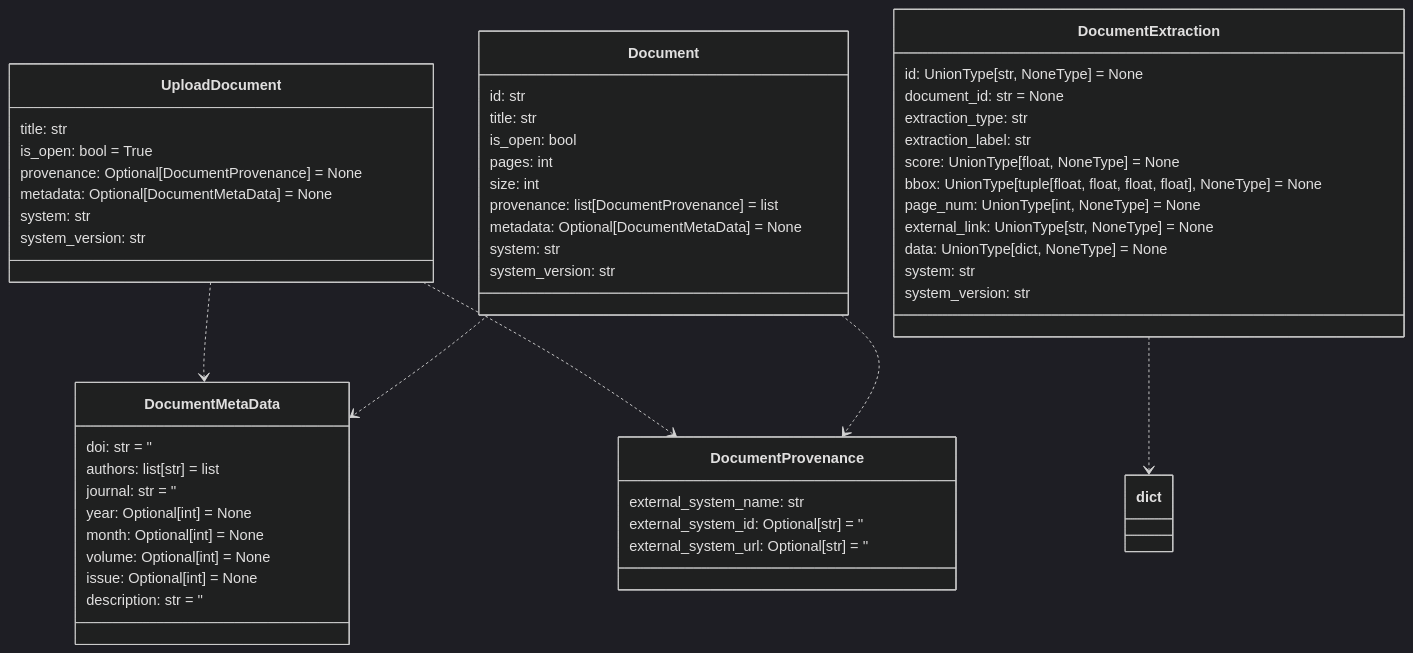
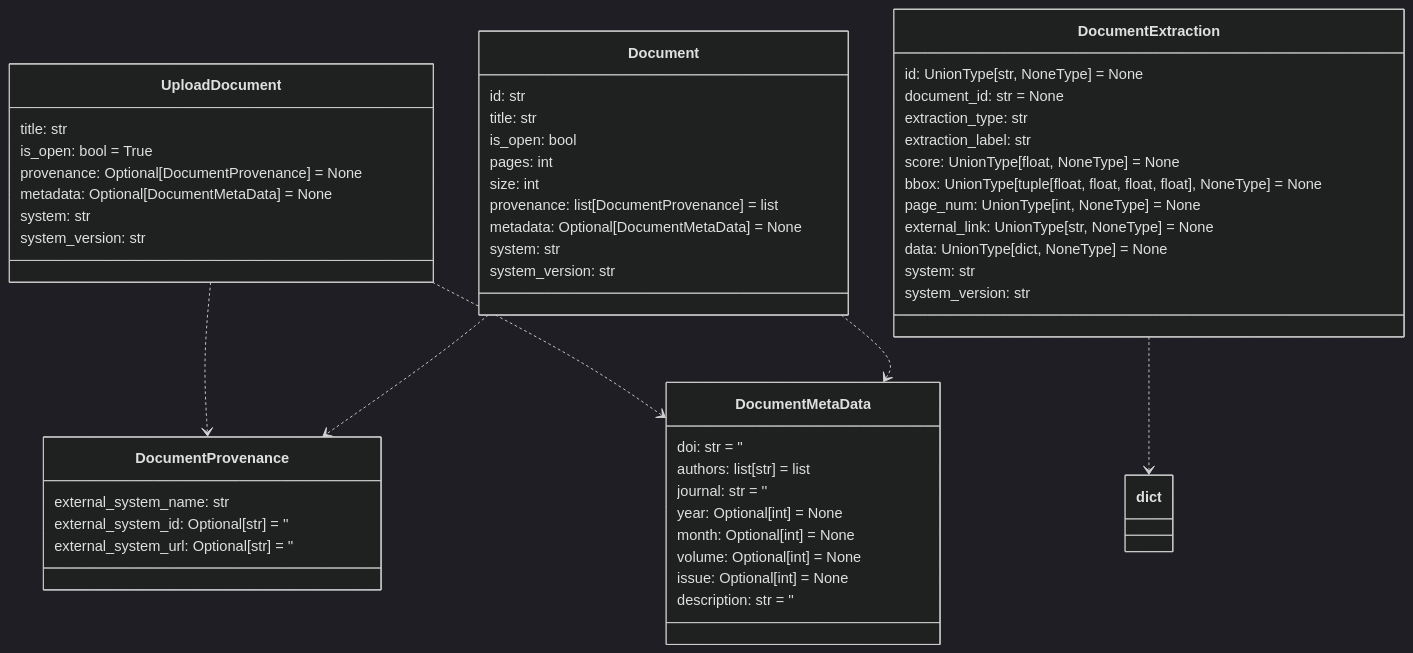
The ninth of 12 diagrams in README.md (DARPA-CRITICALMAAS/cdr_schemas), drawn with Mermaid (dark theme) before and after one commit. The commit also changed other lines of this file and 2 other files, not shown here.

````diff
--- a/README.md
+++ b/README.md
@@ -625,63 +625,63 @@
 ```mermaid
 classDiagram
-
-    class DocumentMetaData {
-        doi: str = ''
-        authors: list[str] = list
-        journal: str = ''
-        year: Optional[int] = None
-        month: Optional[int] = None
-        volume: Optional[int] = None
-        issue: Optional[int] = None
-        description: str = ''
-    }
-
-    class UploadDocument {
-        title: str
-        is_open: bool = True
-        provenance: Optional[DocumentProvenance] = None
-        metadata: Optional[DocumentMetaData] = None
-        system: str
-        system_version: str
-    }
 
     class Document {
         id: str
         title: str
         is_open: bool
         pages: int
         size: int
         provenance: list[DocumentProvenance] = list
         metadata: Optional[DocumentMetaData] = None
         system: str
         system_version: str
-    }
-
-    class DocumentProvenance {
-        external_system_name: str
-        external_system_id: Optional[str] = ''
-        external_system_url: Optional[str] = ''
     }
 
     class DocumentExtraction {
         id: UnionType[str, NoneType] = None
         document_id: str = None
         extraction_type: str
         extraction_label: str
         score: UnionType[float, NoneType] = None
         bbox: UnionType[tuple[float, float, float, float], NoneType] = None
         page_num: UnionType[int, NoneType] = None
         external_link: UnionType[str, NoneType] = None
         data: UnionType[dict, NoneType] = None
         system: str
         system_version: str
     }
 
+    class DocumentMetaData {
+        doi: str = ''
+        authors: list[str] = list
+        journal: str = ''
+        year: Optional[int] = None
+        month: Optional[int] = None
+        volume: Optional[int] = None
+        issue: Optional[int] = None
+        description: str = ''
+    }
+
+    class DocumentProvenance {
+        external_system_name: str
+        external_system_id: Optional[str] = ''
+        external_system_url: Optional[str] = ''
+    }
+
+    class UploadDocument {
+        title: str
+        is_open: bool = True
+        provenance: Optional[DocumentProvenance] = None
+        metadata: Optional[DocumentMetaData] = None
+        system: str
+        system_version: str
+    }
+
+    UploadDocument ..> DocumentProvenance
     UploadDocument ..> DocumentMetaData
-    UploadDocument ..> DocumentProvenance
+    Document ..> DocumentProvenance
     Document ..> DocumentMetaData
-    Document ..> DocumentProvenance
     DocumentExtraction ..> dict
 
 
 ```
````
